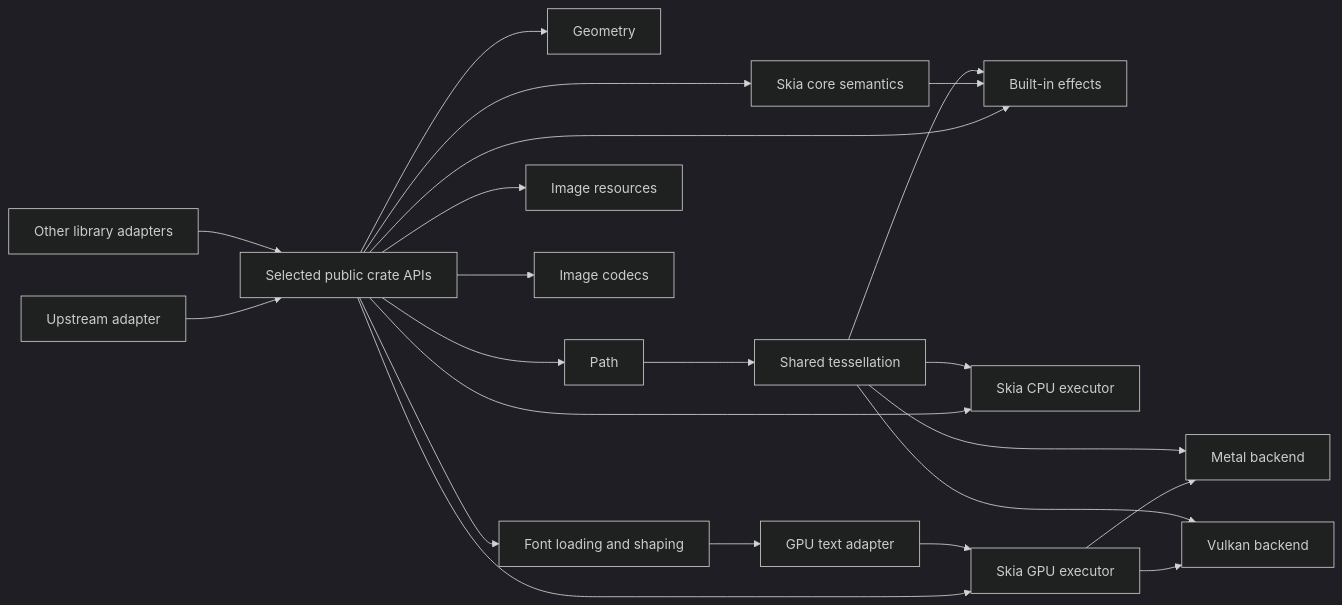
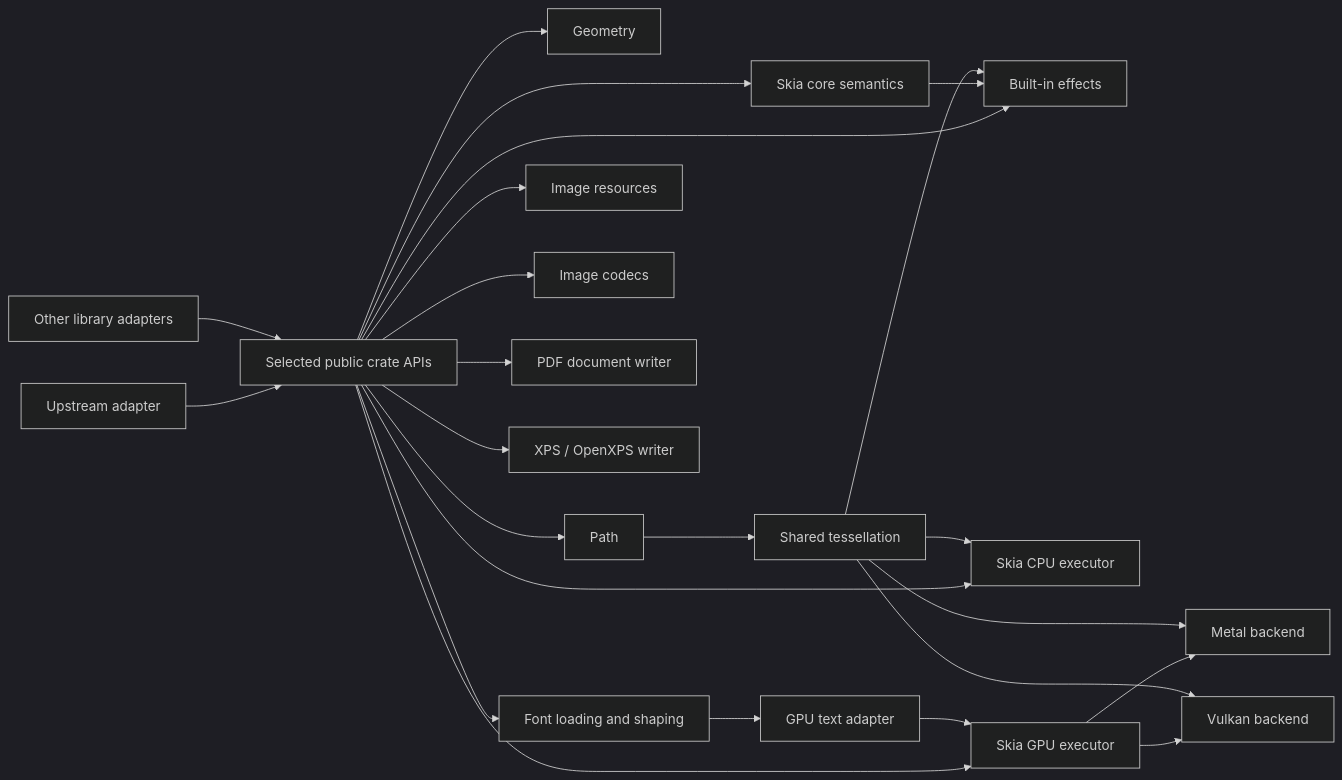
Before and after one commit to chogng/skia: the diagram in README.md, drawn with Mermaid (dark theme). The commit also changed other lines of this file and 9 other files, not shown here.

First line of the commit message:
feat(xps): add dual XPS document writer

````diff
--- a/README.md
+++ b/README.md
@@ -19,24 +19,26 @@
 ```mermaid
 flowchart LR
   adapter["Upstream adapter"] --> api["Selected public crate APIs"]
   other["Other library adapters"] --> api
   api --> geometry["Geometry"]
   api --> path["Path"]
   api --> text["Font loading and shaping"]
   api --> image["Image resources"]
   api --> codec["Image codecs"]
   api --> core["Skia core semantics"]
   api --> effects["Built-in effects"]
   api --> cpu["Skia CPU executor"]
   api --> gpu["Skia GPU executor"]
+  api --> pdf["PDF document writer"]
+  api --> xps["XPS / OpenXPS writer"]
   gpu --> metal["Metal backend"]
   gpu --> vulkan["Vulkan backend"]
   path --> tessellation["Shared tessellation"]
   core --> effects
   tessellation --> effects
   tessellation --> cpu
   tessellation --> metal
   tessellation --> vulkan
   text --> gpu_text["GPU text adapter"]
   gpu_text --> gpu
 ```
````
